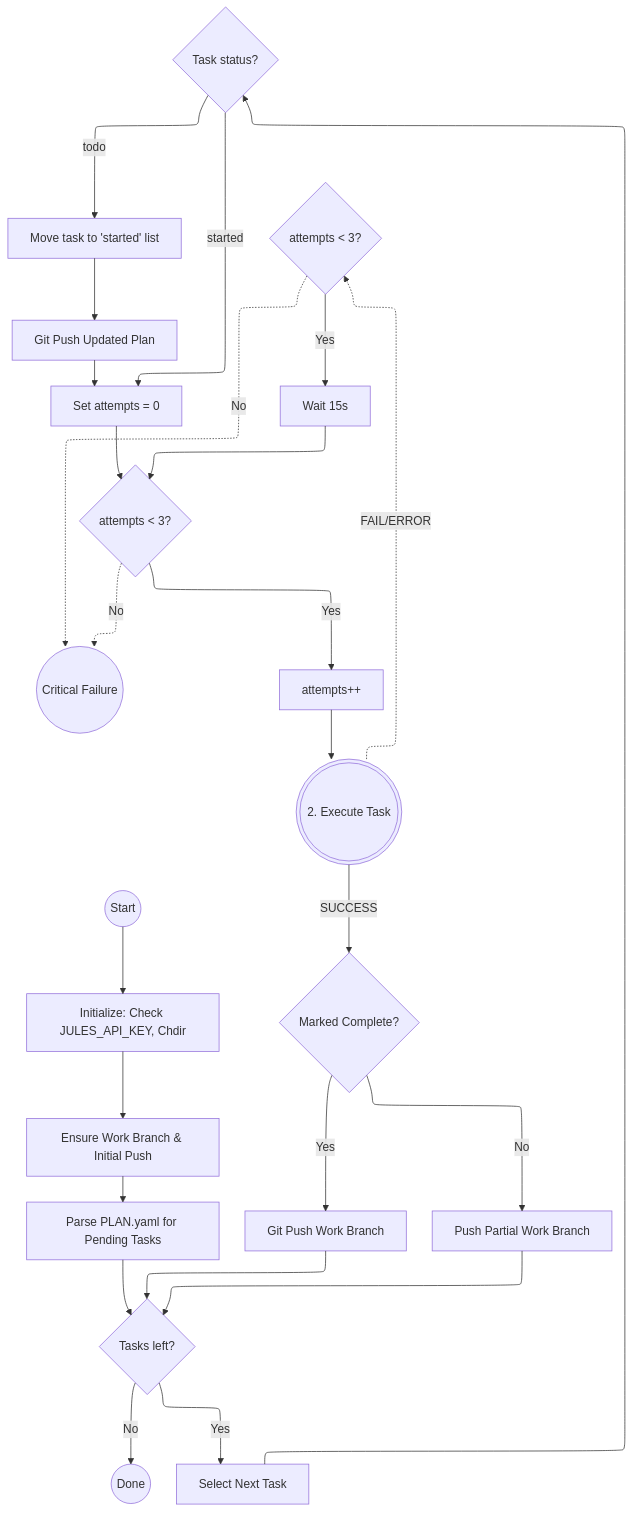
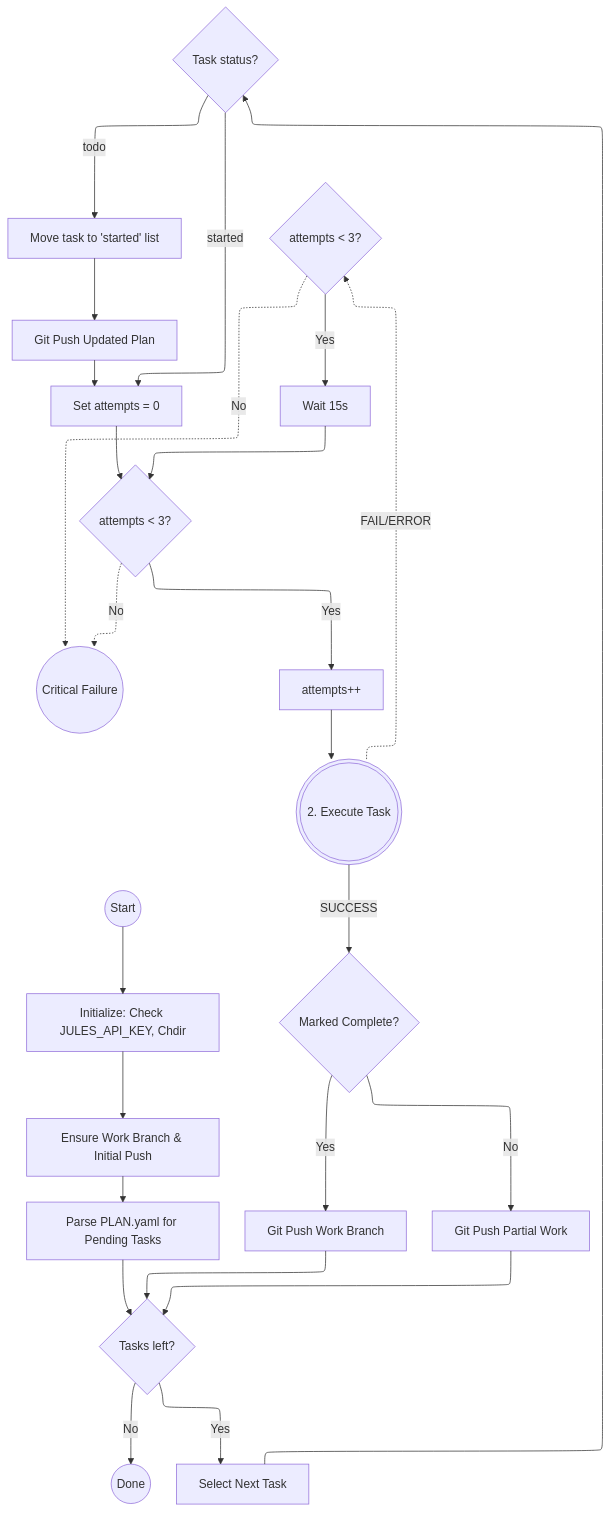
The first of 2 diagrams in README.md (JonathanHarford/verne_durand), drawn with Mermaid before and after one commit. The commit also changed other lines of this file and 1 other file, not shown here.

````diff
--- a/README.md
+++ b/README.md
@@ -48,44 +48,44 @@
 ```mermaid
 ---
 config:
   layout: elk
 ---
 flowchart TD
     Start((Start)) --> Init[Initialize: Check JULES_API_KEY, Chdir]
     Init --> Ensure[Ensure Work Branch & Initial Push]
     Ensure --> ParsePlan[Parse PLAN.yaml for Pending Tasks]
     ParsePlan --> HasTasks{Tasks left?}
     
     HasTasks -- No --> Done((Done))
     
     HasTasks -- Yes --> GetNextTask[Select Next Task]
     GetNextTask --> CheckStatus{Task status?}
     
     CheckStatus -- todo --> MoveToStarted[Move task to 'started' list]
     MoveToStarted --> PushPlan[Git Push Updated Plan]
     PushPlan --> InitRetry
     
     CheckStatus -- started --> InitRetry[Set attempts = 0]
     InitRetry --> RetryLoop{attempts < 3?}
     
     RetryLoop -. No .-> CritFail((Critical Failure))
     
     RetryLoop -->|Yes| IncAttempts[attempts++]
     
     IncAttempts --> Execution(((2. Execute Task)))
     
     Execution -->|SUCCESS| Verify{Marked Complete?}
     
     Verify -- Yes --> Push[Git Push Work Branch]
     Push --> HasTasks
     
-    Verify -- No --> PushPartial[Push Partial Work Branch]
+    Verify -- No --> PushPartial[Git Push Partial Work]
     PushPartial --> HasTasks
     
     Execution -. FAIL/ERROR .-> CheckRetry{attempts < 3?}
 
     CheckRetry -->|Yes| RetryWait[Wait 15s]
     RetryWait --> RetryLoop
 
     CheckRetry -. No .-> CritFail
 ```
````
